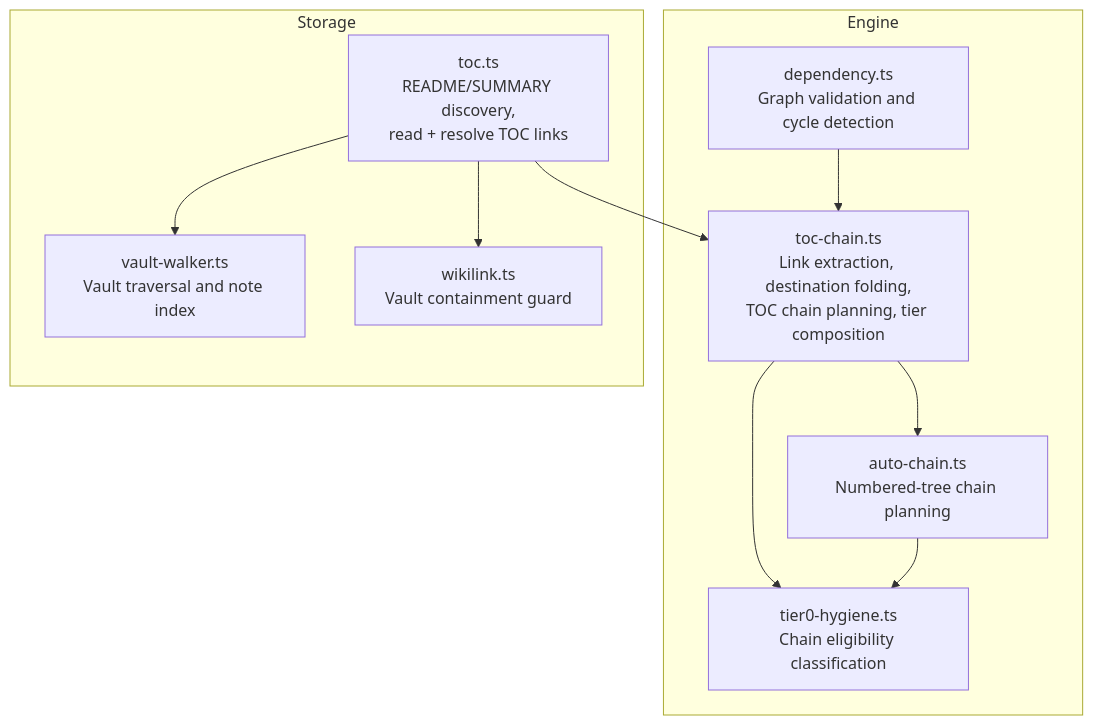
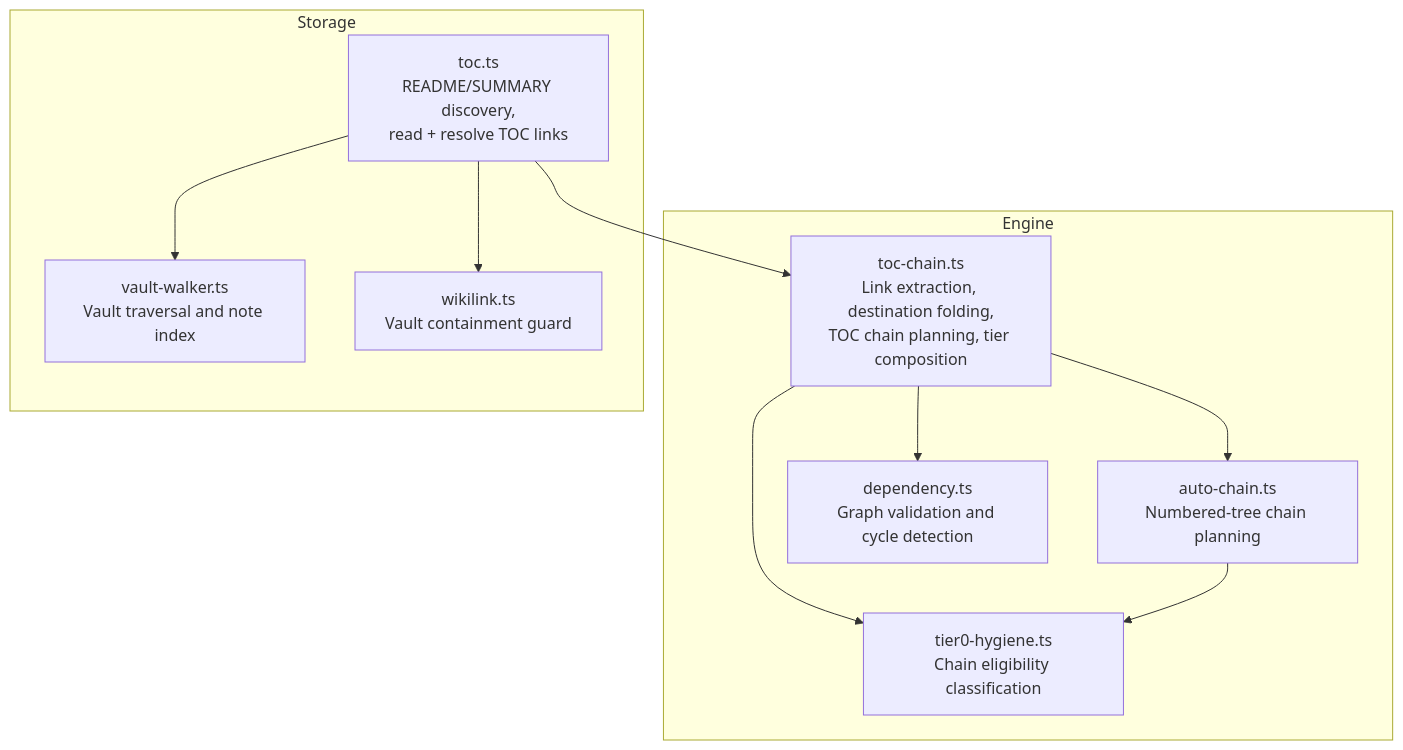
The first of 9 diagrams in Core Engine/Table of Contents Chain Processing.md (Kuldeep2822k/palee-architecture), drawn with Mermaid before and after one commit. The commit also changed other lines of this file and 76 other files, not shown here.

````diff
--- a/Core Engine/Table of Contents Chain Processing.md
+++ b/Core Engine/Table of Contents Chain Processing.md
@@ -38,23 +38,23 @@
 ```mermaid
 graph TB
   subgraph "Engine"
     TC["toc-chain.ts<br/>Link extraction, destination folding,<br/>TOC chain planning, tier composition"]
     AC["auto-chain.ts<br/>Numbered-tree chain planning"]
     T0["tier0-hygiene.ts<br/>Chain eligibility classification"]
     DG["dependency.ts<br/>Graph validation and cycle detection"]
   end
 
   subgraph "Storage"
     ST["toc.ts<br/>README/SUMMARY discovery,<br/>read + resolve TOC links"]
     VW["vault-walker.ts<br/>Vault traversal and note index"]
     WL["wikilink.ts<br/>Vault containment guard"]
   end
 
   ST --> TC
   ST --> VW
   ST --> WL
   TC --> AC
   TC --> T0
   AC --> T0
-  DG --> TC
+  TC --> DG
 ```
````
